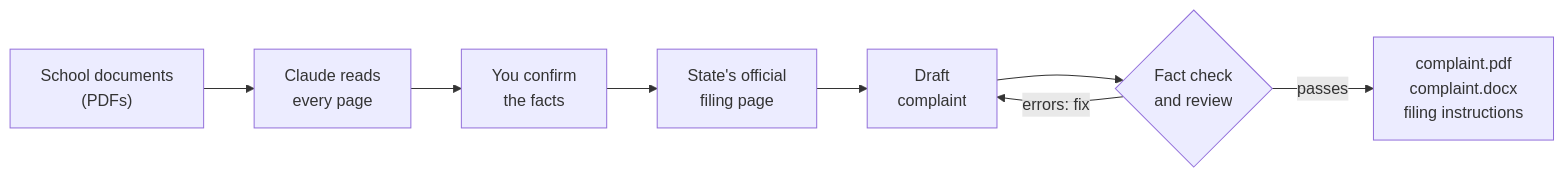
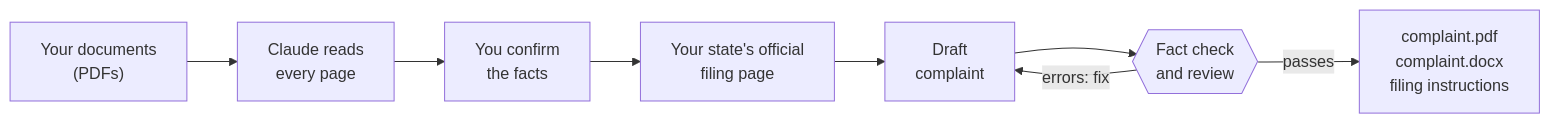
Before and after one commit to b33kman/special-education-due-process-complaint: the diagram in README.md, drawn with Mermaid. The commit also changed other lines of this file and 6 other files, not shown here.

````diff
--- a/README.md
+++ b/README.md
@@ -76,10 +80,10 @@
 ```mermaid
 flowchart LR
-    A["School documents<br>(PDFs)"] --> B["Claude reads<br>every page"]
+    A["Your documents<br>(PDFs)"] --> B["Claude reads<br>every page"]
     B --> C["You confirm<br>the facts"]
-    C --> D["State's official<br>filing page"]
+    C --> D["Your state's official<br>filing page"]
     D --> E["Draft<br>complaint"]
-    E --> F{"Fact check<br>and review"}
+    E --> F{{"Fact check<br>and review"}}
     F -- "errors: fix" --> E
     F -- "passes" --> G["complaint.pdf<br>complaint.docx<br>filing instructions"]
 ```
````
